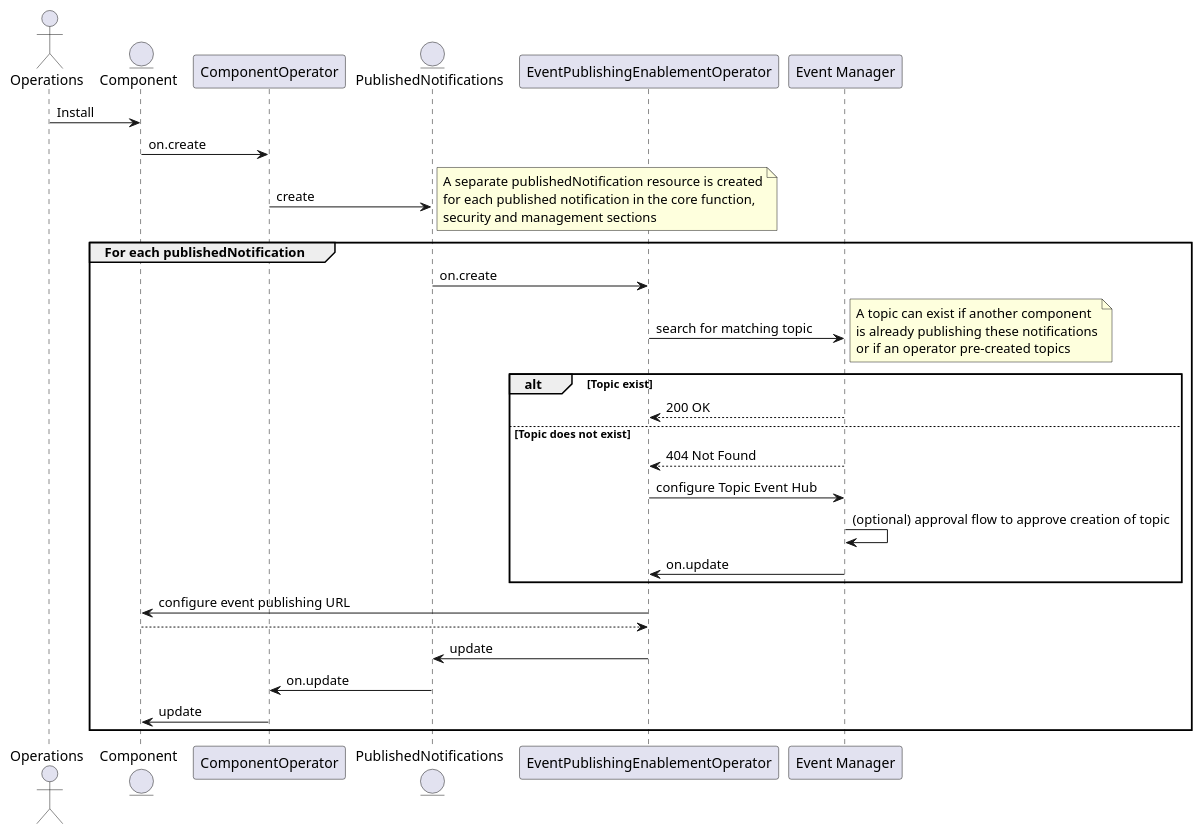
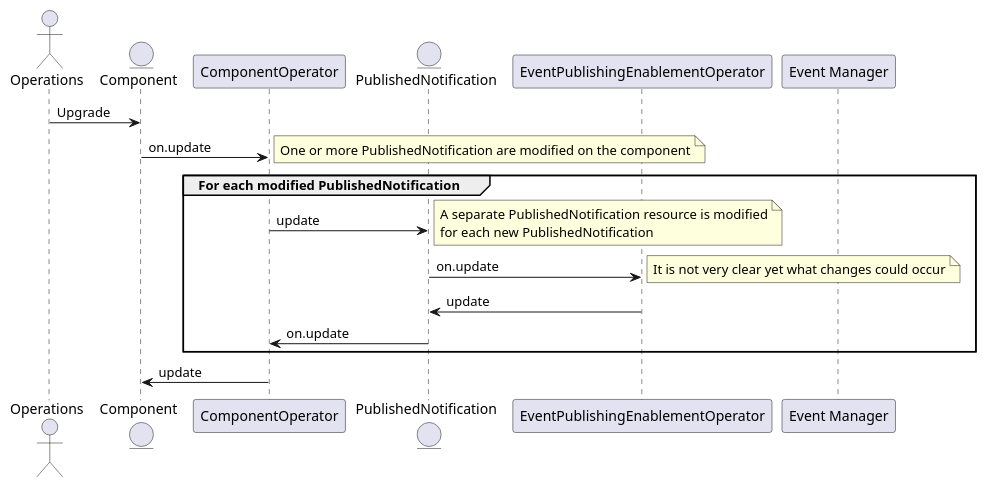
Before and after one commit to tmforum-oda/oda-canvas: the diagram in oda-canvas-ctk/usecase-library/pumlFiles/enableEventPublishing-with-modify.puml, drawn with PlantUML. The commit also changed 4 other files, not shown here.

Commit message:
Improved Sequence Diagrams for enableEventPublishing

```diff
--- a/oda-canvas-ctk/usecase-library/pumlFiles/enableEventPublishing-with-modify.puml
+++ b/oda-canvas-ctk/usecase-library/pumlFiles/enableEventPublishing-with-modify.puml
@@ -1,41 +1,30 @@
 @startuml
 
 actor Operations
 entity Component
 participant ComponentOperator
-entity PublishedNotifications
+entity PublishedNotification
 participant EventPublishingEnablementOperator
 participant "Event Manager" as TMFC019
 
-Component <- Operations : Install
-Component -> ComponentOperator: on.create 
-ComponentOperator -> PublishedNotifications: create
+Component <- Operations : Upgrade
+Component -> ComponentOperator: on.update 
 note right
-    A separate publishedNotification resource is created
-    for each published notification in the core function,
-    security and management sections
+    One or more PublishedNotification are modified on the component
 end note
-group For each publishedNotification
-    PublishedNotifications -> EventPublishingEnablementOperator: on.create     
-    EventPublishingEnablementOperator -> TMFC019: search for matching topic
+group For each modified PublishedNotification
+	ComponentOperator -> PublishedNotification: update
+	note right
+	    A separate PublishedNotification resource is modified
+	    for each new PublishedNotification 
+	end note
+    PublishedNotification -> EventPublishingEnablementOperator: on.update     
     note right
-    	A topic can exist if another component
-    	is already publishing these notifications
-    	or if an operator pre-created topics
+    	It is not very clear yet what changes could occur
     end note
-    alt Topic exist
-    	EventPublishingEnablementOperator <-- TMFC019: 200 OK
-    else Topic does not exist
-     	EventPublishingEnablementOperator <-- TMFC019: 404 Not Found
-    	EventPublishingEnablementOperator -> TMFC019 : configure Topic Event Hub
-    	TMFC019 -> TMFC019: (optional) approval flow to approve creation of topic
-    	EventPublishingEnablementOperator <- TMFC019 : on.update
-    end alt
-    EventPublishingEnablementOperator -> Component : configure event publishing URL
-    EventPublishingEnablementOperator <-- Component
-    PublishedNotifications <- EventPublishingEnablementOperator: update
-    ComponentOperator <- PublishedNotifications: on.update
-    Component <- ComponentOperator: update 
+    PublishedNotification <- EventPublishingEnablementOperator: update
+    ComponentOperator <- PublishedNotification: on.update
 end
+Component <- ComponentOperator: update 
 
 @enduml
```
